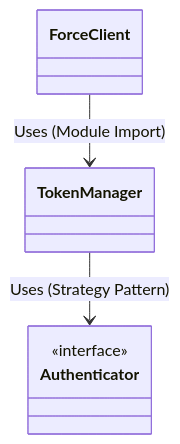
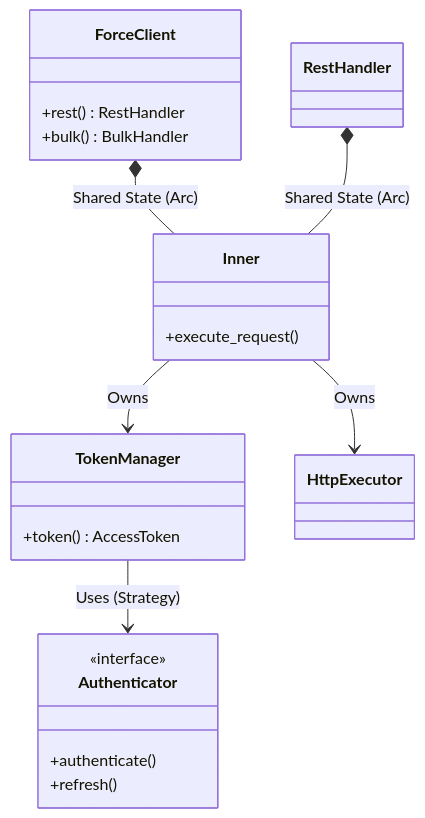
Before and after one commit to madmax983/force-rs: the third of 4 diagrams in docs/architecture.md, drawn with Mermaid. The commit also changed other lines of this file and 1 other file, not shown here.

First line of the commit message:
📜 Codex: ADR 010 & Architecture Diagram Update

````diff
--- a/docs/architecture.md
+++ b/docs/architecture.md
@@ -23,10 +47,25 @@
 ```mermaid
 classDiagram
-  class ForceClient
-  class TokenManager
-  class Authenticator
-  <<interface>> Authenticator
-  ForceClient --> TokenManager : Uses (Module Import)
-  TokenManager --> Authenticator : Uses (Strategy Pattern)
-  %% Circular dependency between Core and Storage is resolved
+  class ForceClient {
+    +rest() RestHandler
+    +bulk() BulkHandler
+  }
+  class Inner {
+    +execute_request()
+  }
+  class TokenManager {
+    +token() AccessToken
+  }
+  class Authenticator {
+    <<interface>>
+    +authenticate()
+    +refresh()
+  }
+  class RestHandler
+
+  ForceClient *-- Inner : Shared State (Arc)
+  RestHandler *-- Inner : Shared State (Arc)
+  Inner --> TokenManager : Owns
+  Inner --> HttpExecutor : Owns
+  TokenManager --> Authenticator : Uses (Strategy)
 ```
````
